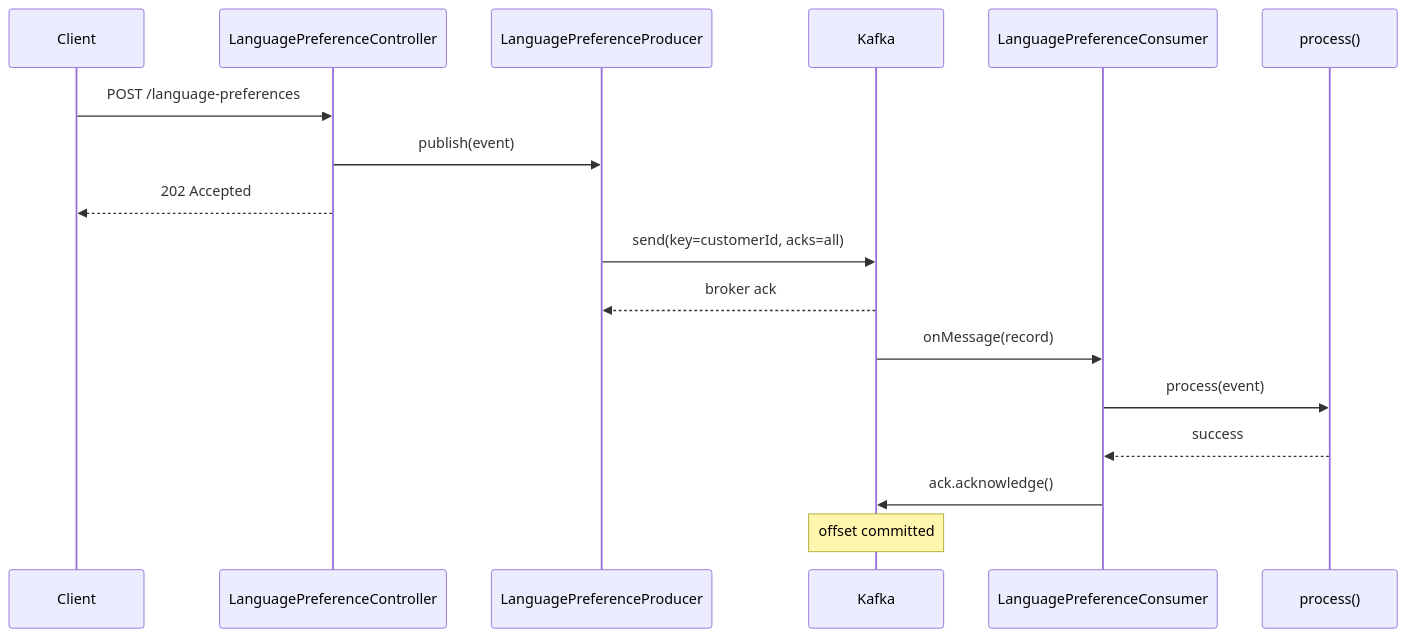
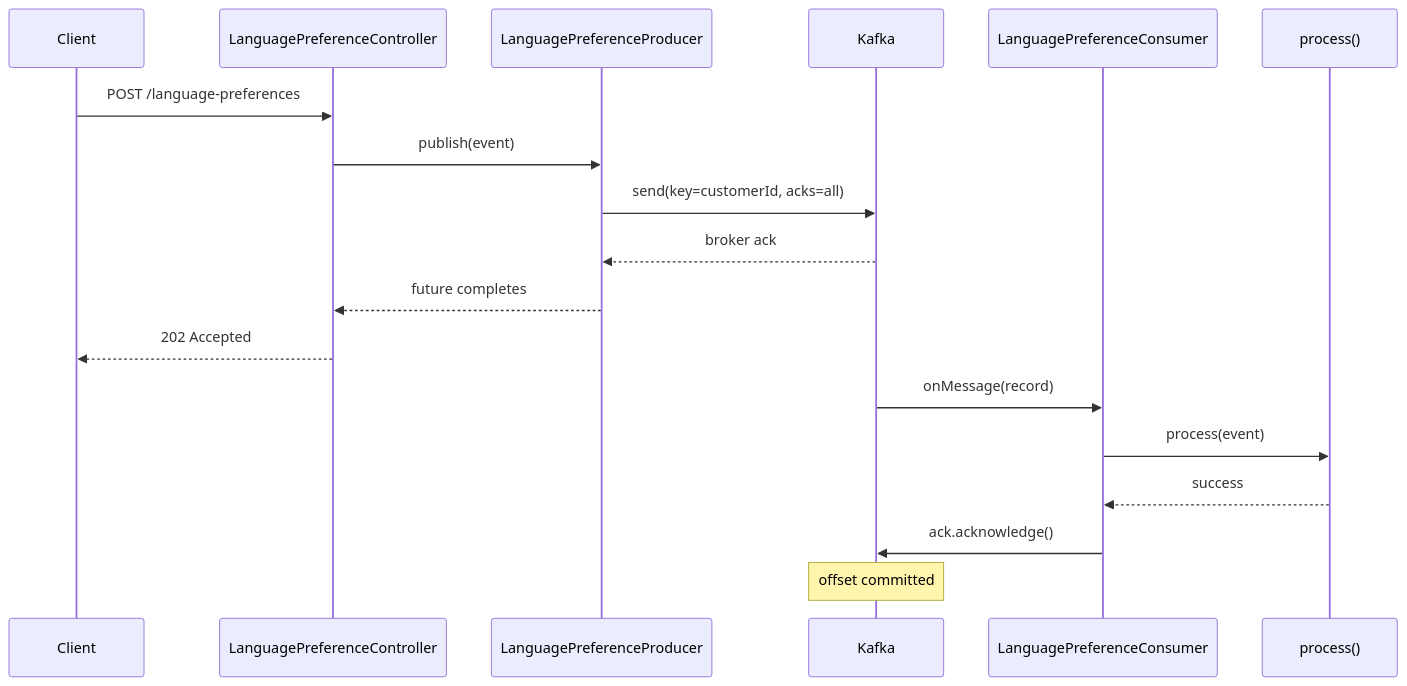
The second of 4 diagrams in README.md (bhanafee/KafkaGuaranteesLab), drawn with Mermaid before and after one commit. The commit also changed other lines of this file and 11 other files, not shown here.

````diff
--- a/README.md
+++ b/README.md
@@ -213,20 +228,21 @@
 ```mermaid
 sequenceDiagram
     participant Client
     participant Ctrl as LanguagePreferenceController
     participant Prod as LanguagePreferenceProducer
     participant K as Kafka
     participant Cons as LanguagePreferenceConsumer
     participant Proc as process()
 
     Client->>Ctrl: POST /language-preferences
     Ctrl->>Prod: publish(event)
-    Ctrl-->>Client: 202 Accepted
     Prod->>K: send(key=customerId, acks=all)
     K-->>Prod: broker ack
+    Prod-->>Ctrl: future completes
+    Ctrl-->>Client: 202 Accepted
     K->>Cons: onMessage(record)
     Cons->>Proc: process(event)
     Proc-->>Cons: success
     Cons->>K: ack.acknowledge()
     Note over K: offset committed
 ```
````
